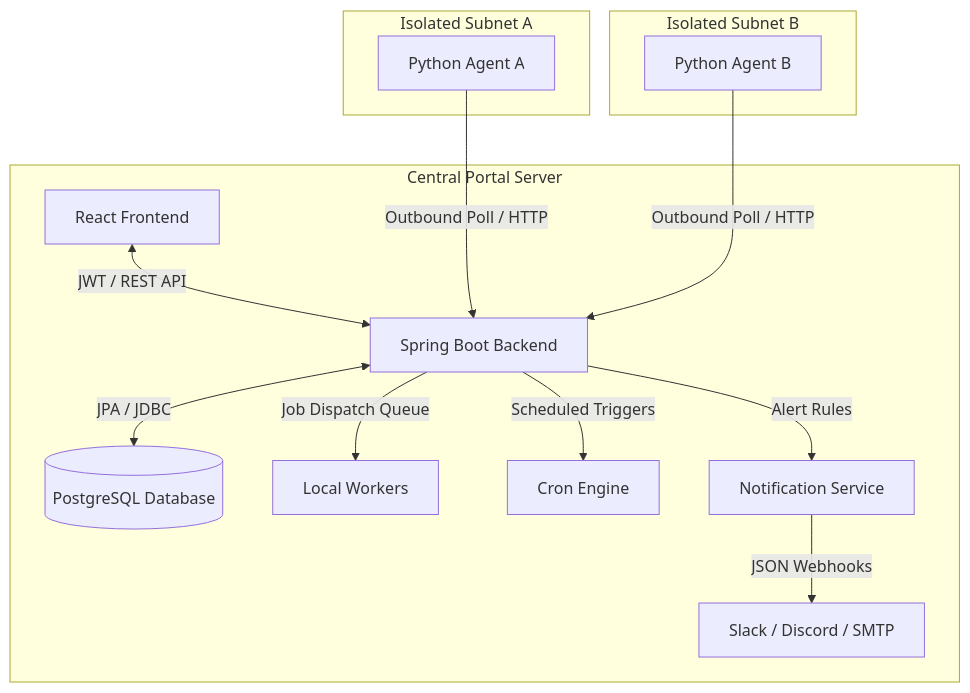
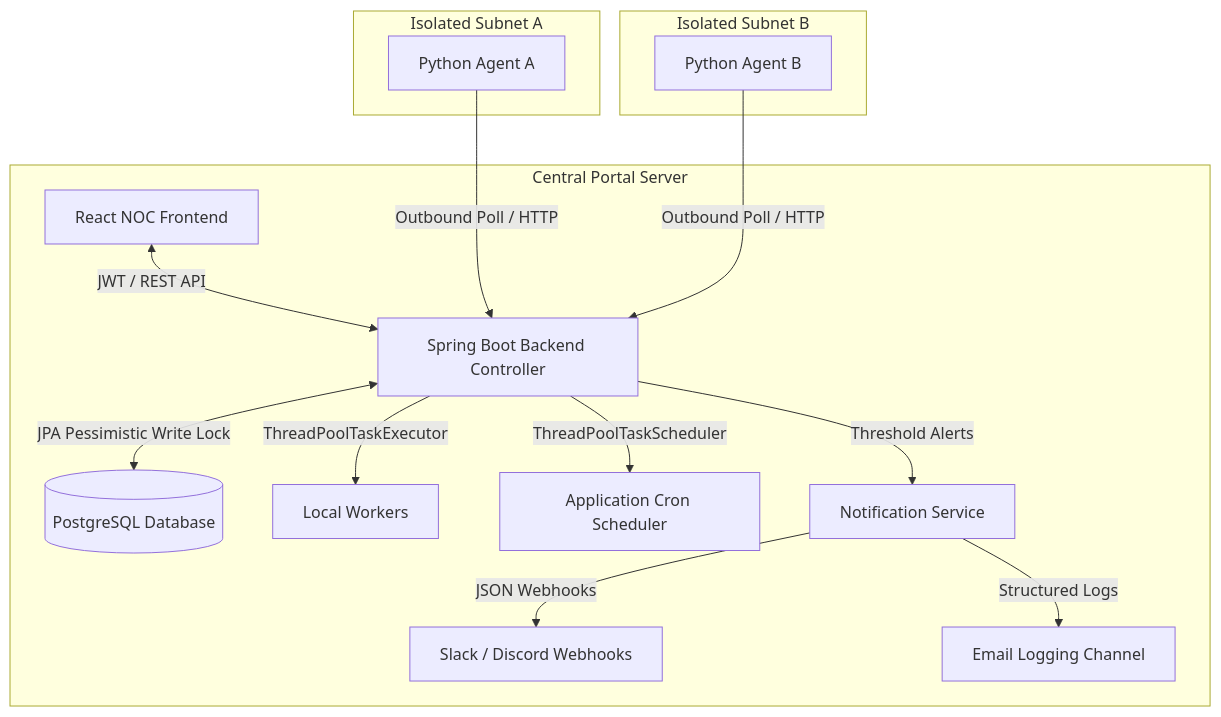
One commit to abhishekkp00/Network-test-portal changed the diagram in README.md. Above: the diagram before and after it, drawn with Mermaid. The commit also changed other lines of this file and 17 other files, not shown here.

````diff
--- a/README.md
+++ b/README.md
@@ -24,19 +27,20 @@
 ```mermaid
 graph TD
     subgraph Central Portal Server
-        A[React Frontend] <-->|JWT / REST API| B[Spring Boot Backend]
-        B <-->|JPA / JDBC| C[(PostgreSQL Database)]
-        B -->|Job Dispatch Queue| D[Local Workers]
-        B -->|Scheduled Triggers| E[Cron Engine]
-        B -->|Alert Rules| F[Notification Service]
-        F -->|JSON Webhooks| G[Slack / Discord / SMTP]
+        A[React NOC Frontend] <-->|JWT / REST API| B[Spring Boot Backend Controller]
+        B <-->|JPA Pessimistic Write Lock| C[(PostgreSQL Database)]
+        B -->|ThreadPoolTaskExecutor| D[Local Workers]
+        B -->|ThreadPoolTaskScheduler| E[Application Cron Scheduler]
+        B -->|Threshold Alerts| F[Notification Service]
+        F -->|JSON Webhooks| G[Slack / Discord Webhooks]
+        F -->|Structured Logs| H[Email Logging Channel]
     end
     
     subgraph Isolated Subnet A
-        H[Python Agent A] --->|Outbound Poll / HTTP| B
+        I[Python Agent A] --->|Outbound Poll / HTTP| B
     end
     
     subgraph Isolated Subnet B
-        I[Python Agent B] --->|Outbound Poll / HTTP| B
+        J[Python Agent B] --->|Outbound Poll / HTTP| B
     end
 ```
````
